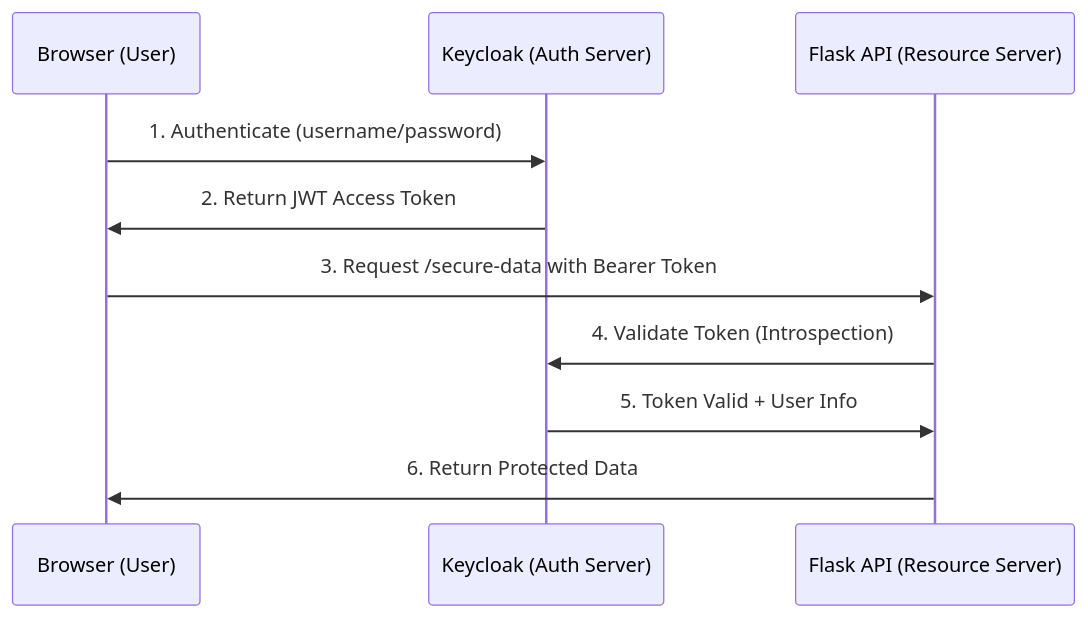
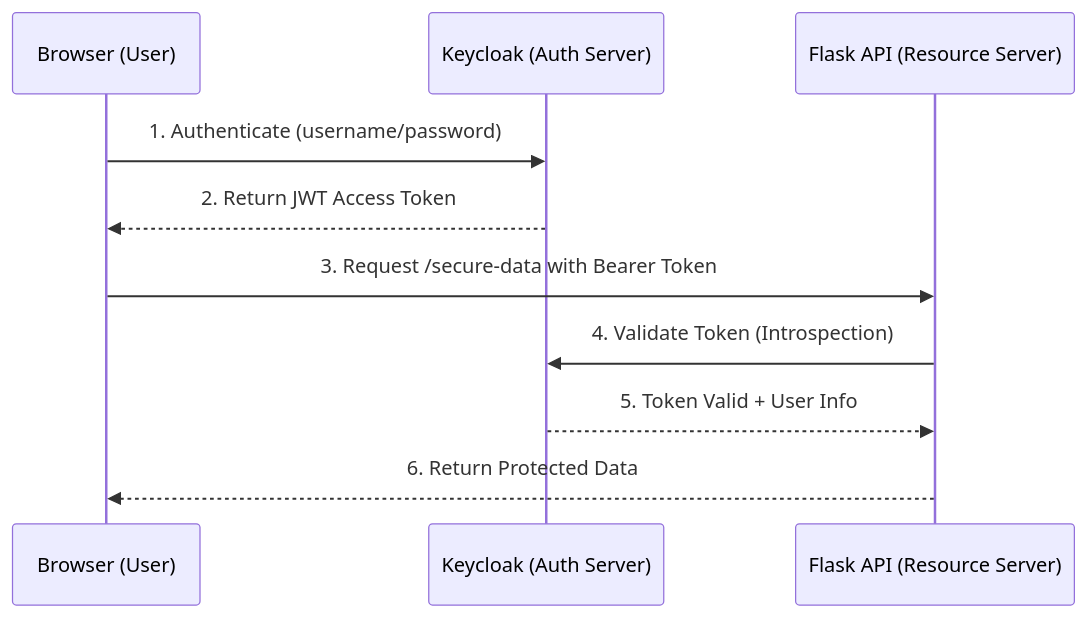
One commit to mrcarpinchoo/system-design-course changed the diagram in 06-security-https-oauth2-keycloak/README.md. Above: the diagram before and after it, drawn with Mermaid. The commit also changed 7 other files, not shown here.

First line of the commit message:
feat: enhance Mermaid diagrams with semantic shapes and styling (#30)

````diff
--- a/06-security-https-oauth2-keycloak/README.md
+++ b/06-security-https-oauth2-keycloak/README.md
@@ -146,13 +146,16 @@
 ```mermaid
 sequenceDiagram
     participant User as Browser (User)
     participant KC as Keycloak (Auth Server)
     participant API as Flask API (Resource Server)
 
-    User->>KC: 1. Authenticate (username/password)
-    KC->>User: 2. Return JWT Access Token
-    User->>API: 3. Request /secure-data with Bearer Token
-    API->>KC: 4. Validate Token (Introspection)
-    KC->>API: 5. Token Valid + User Info
-    API->>User: 6. Return Protected Data
+    %% Authentication phase
+    User ->> KC: 1. Authenticate (username/password)
+    KC -->> User: 2. Return JWT Access Token
+
+    %% API request with token validation
+    User ->> API: 3. Request /secure-data with Bearer Token
+    API ->> KC: 4. Validate Token (Introspection)
+    KC -->> API: 5. Token Valid + User Info
+    API -->> User: 6. Return Protected Data
 ```
````
